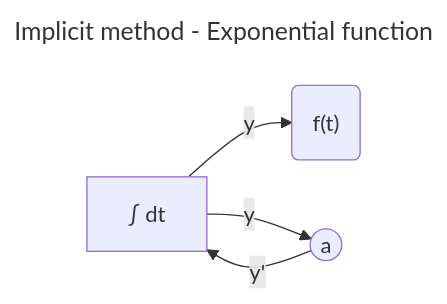
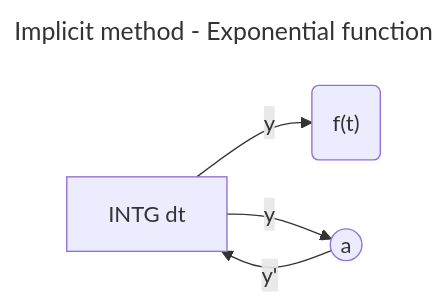
Before and after one commit to samo4/cheatsheet: the third of 5 diagrams in SIMULATIONS.md, drawn with Mermaid. The commit also changed other lines of this file and 4 other files, not shown here.

````diff
--- a/SIMULATIONS.md
+++ b/SIMULATIONS.md
@@ -130,9 +138,9 @@
 ```mermaid
 ---
 title: Implicit method - Exponential function
 ---
 graph LR
-    I1["∫ dt"] -->|y| F1("f(t)")
+    I1["INTG dt"] -->|y| F1("f(t)")
     I1 -->|y| A(("a"))
     A -->|y'| I1
 ```
````
